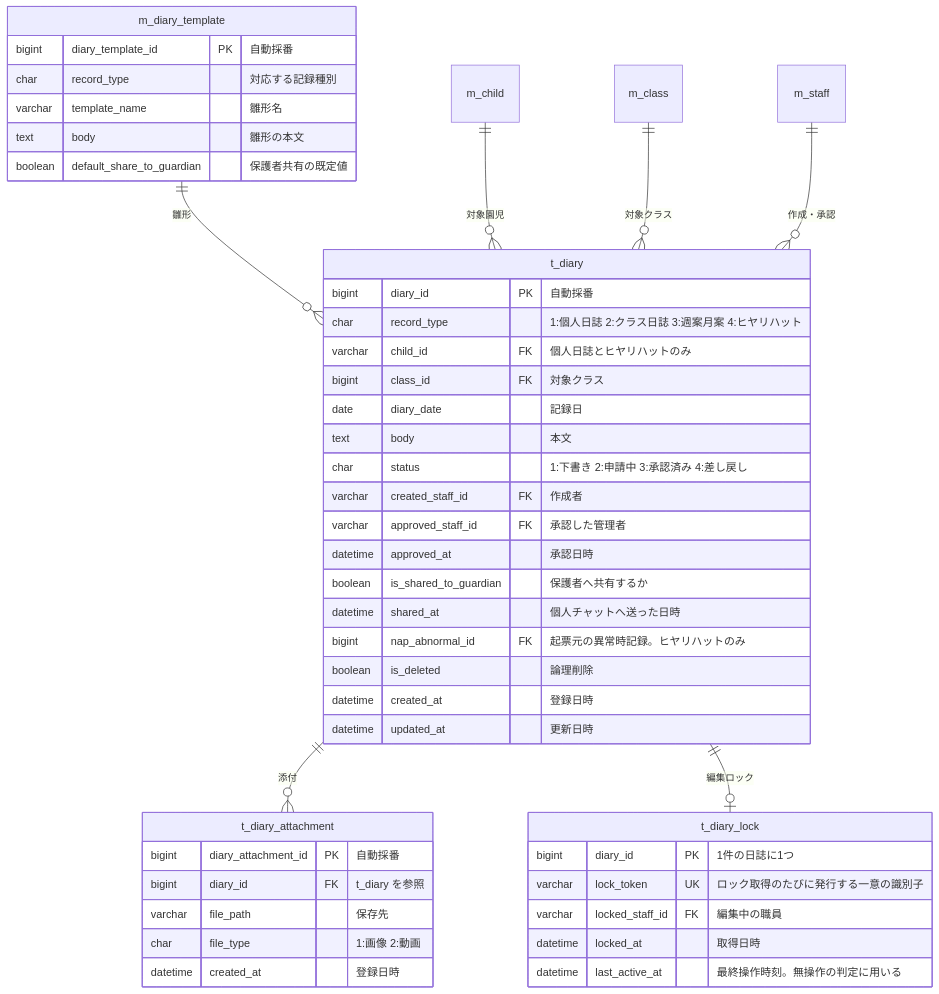
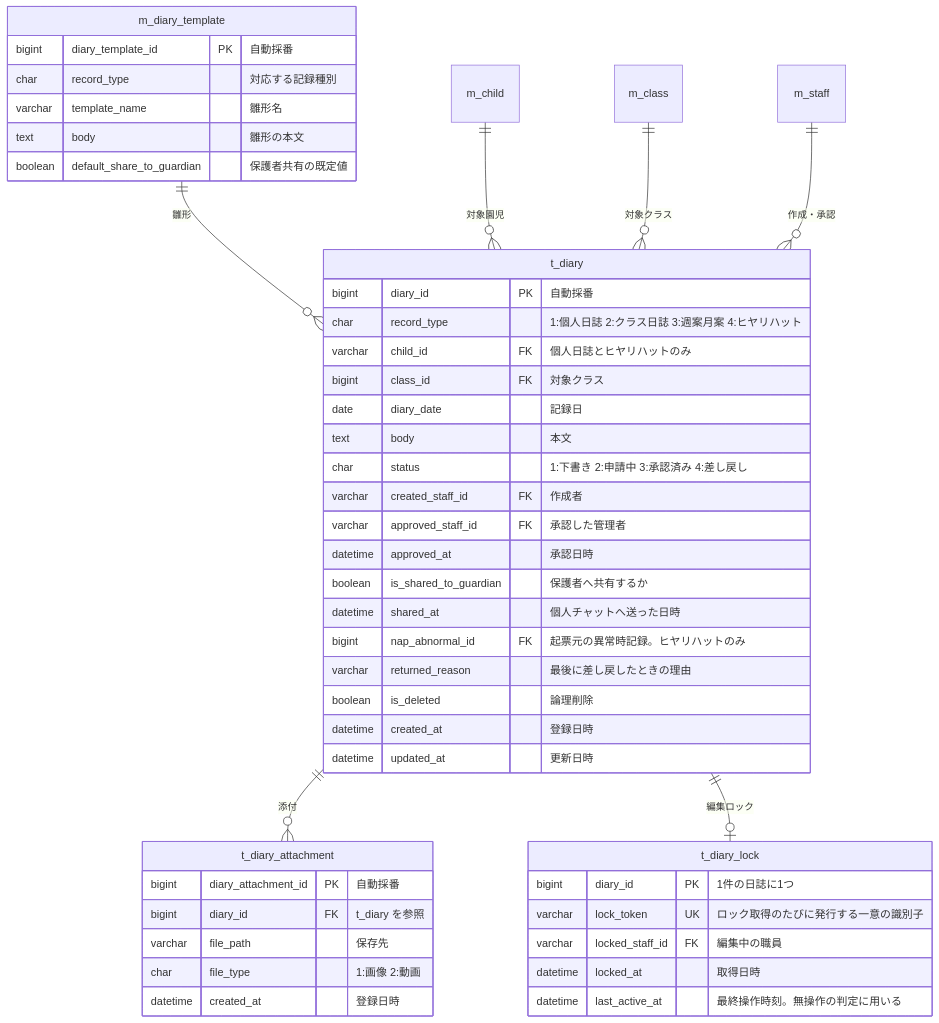
One commit to issei0423/sukusuku_system changed the fourth of 8 diagrams in 図/ER図.md. Above: the diagram before and after it, drawn with Mermaid. The commit also changed other lines of this file and 5 other files, not shown here.

First line of the commit message:
設計の穴8件を決着させ、要件定義書・基本設計書・図へ反映した

````diff
--- a/図/ER図.md
+++ b/図/ER図.md
@@ -242,49 +244,50 @@
 ```mermaid
 erDiagram
     t_diary ||--o{ t_diary_attachment : "添付"
     t_diary ||--o| t_diary_lock : "編集ロック"
     m_diary_template ||--o{ t_diary : "雛形"
     m_child ||--o{ t_diary : "対象園児"
     m_class ||--o{ t_diary : "対象クラス"
     m_staff ||--o{ t_diary : "作成・承認"
 
     t_diary {
         bigint diary_id PK "自動採番"
         char record_type "1:個人日誌 2:クラス日誌 3:週案月案 4:ヒヤリハット"
         varchar child_id FK "個人日誌とヒヤリハットのみ"
         bigint class_id FK "対象クラス"
         date diary_date "記録日"
         text body "本文"
         char status "1:下書き 2:申請中 3:承認済み 4:差し戻し"
         varchar created_staff_id FK "作成者"
         varchar approved_staff_id FK "承認した管理者"
         datetime approved_at "承認日時"
         boolean is_shared_to_guardian "保護者へ共有するか"
         datetime shared_at "個人チャットへ送った日時"
         bigint nap_abnormal_id FK "起票元の異常時記録。ヒヤリハットのみ"
+        varchar returned_reason "最後に差し戻したときの理由"
         boolean is_deleted "論理削除"
         datetime created_at "登録日時"
         datetime updated_at "更新日時"
     }
     t_diary_attachment {
         bigint diary_attachment_id PK "自動採番"
         bigint diary_id FK "t_diary を参照"
         varchar file_path "保存先"
         char file_type "1:画像 2:動画"
         datetime created_at "登録日時"
     }
     t_diary_lock {
         bigint diary_id PK "1件の日誌に1つ"
         varchar lock_token UK "ロック取得のたびに発行する一意の識別子"
         varchar locked_staff_id FK "編集中の職員"
         datetime locked_at "取得日時"
         datetime last_active_at "最終操作時刻。無操作の判定に用いる"
     }
     m_diary_template {
         bigint diary_template_id PK "自動採番"
         char record_type "対応する記録種別"
         varchar template_name "雛形名"
         text body "雛形の本文"
         boolean default_share_to_guardian "保護者共有の既定値"
     }
 ```
````
